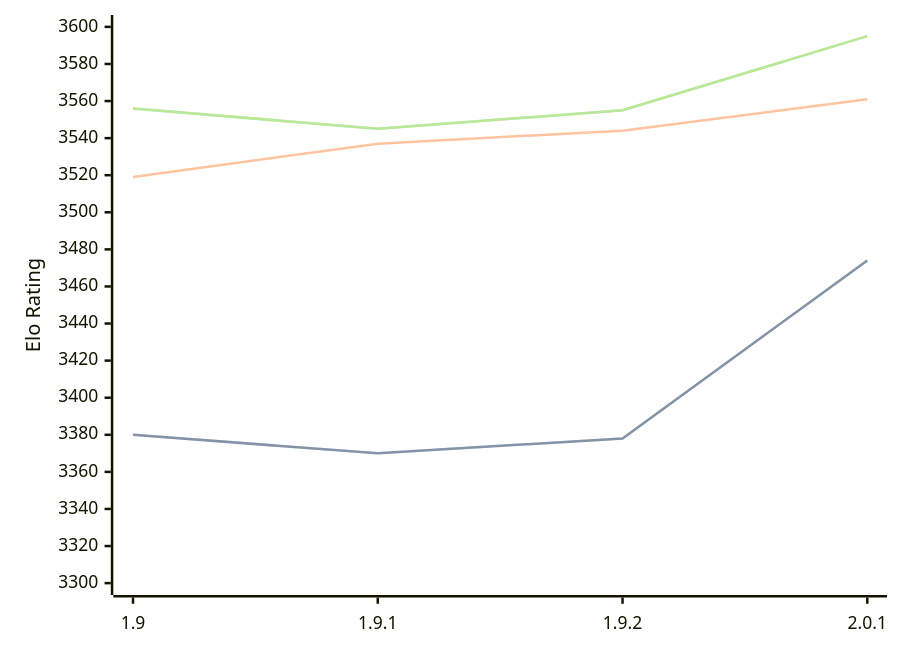
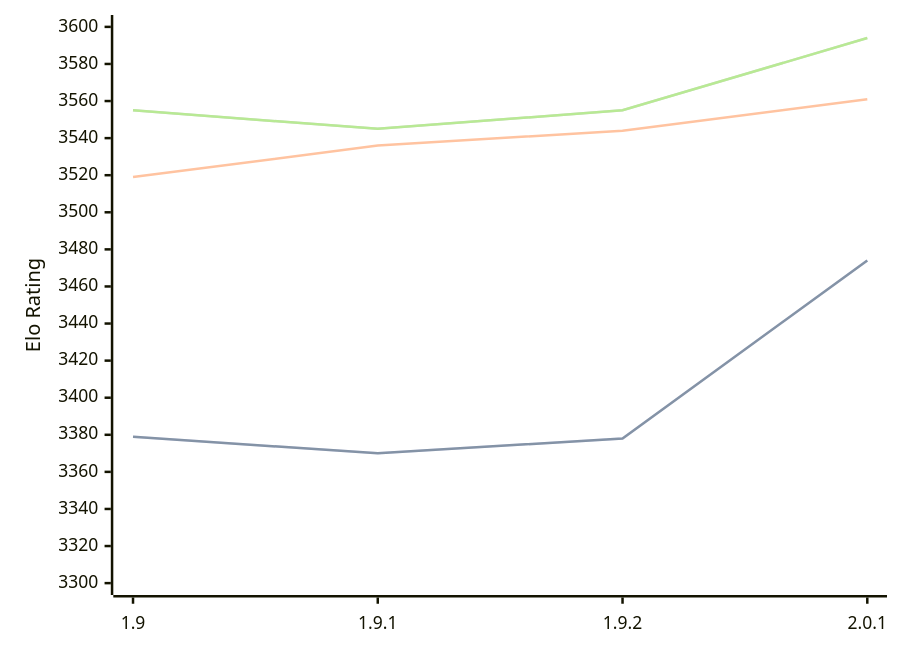
The diagram in engines/Pawnocchio.md (computer-chess-index/cci), drawn with Mermaid before and after one commit. The commit also changed other lines of this file, not shown here.

Commit message:
Update CCI Ratings (ELO VLTC) - 2026-09-11

````diff
--- a/engines/Pawnocchio.md
+++ b/engines/Pawnocchio.md
@@ -36,11 +36,11 @@
 ```mermaid
 %%{init: {"theme":"base","themeVariables":{"seriesColors:['#a3a3a3','#222221','#faa371']}}}%%
 xychart-beta
   x-axis ["1.9", "1.9.1", "1.9.2", "2.0.1"]
   y-axis "Elo Rating" 3300 --> 3600
-  line "" [3380, 3370, 3378, 3474]
-  line "STC (8.0+0.08s)" [3380, 3370, 3378, 3474]
-  line "LTC (60.0+0.60s)" [3519, 3537, 3544, 3561]
-  line "" [3556, 3545, 3555, 3595]
-  line "VLTC (2m24s+1.12s)" [3556, 3545, 3555, 3595]
+  line "" [3379, 3370, 3378, 3474]
+  line "STC (8.0+0.08s)" [3379, 3370, 3378, 3474]
+  line "LTC (60.0+0.60s)" [3519, 3536, 3544, 3561]
+  line "" [3555, 3545, 3555, 3594]
+  line "VLTC (2m24s+1.12s)" [3555, 3545, 3555, 3594]
 ```
````
